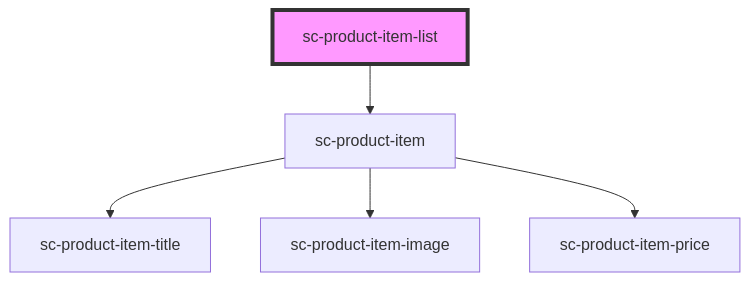
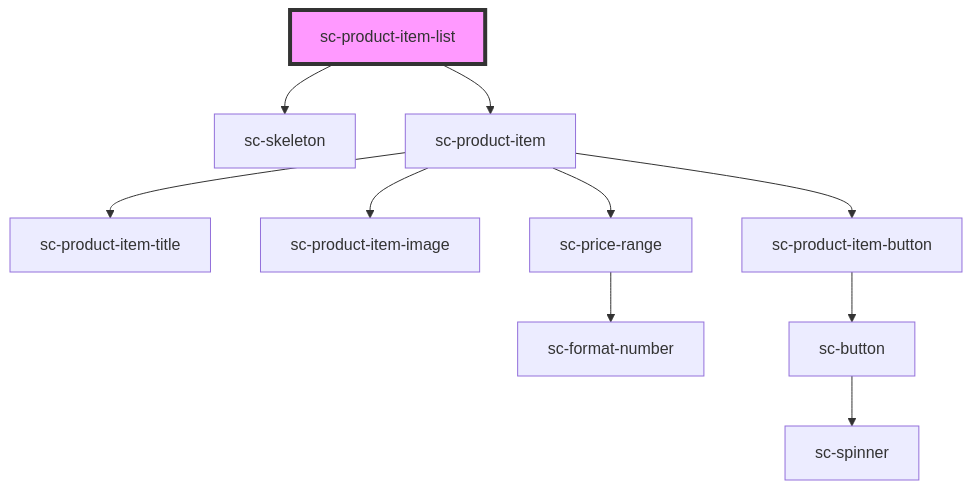
The diagram in packages/components/src/components/controllers/products/sc-product-item-list/readme.md (surecart/surecart-wp-plugin), drawn with Mermaid before and after one commit. The commit also changed other lines of this file and 26 other files, not shown here.

Commit message:
added price range and loader

````diff
--- a/packages/components/src/components/controllers/products/sc-product-item-list/readme.md
+++ b/packages/components/src/components/controllers/products/sc-product-item-list/readme.md
@@ -23,8 +24,13 @@
 ```mermaid
 graph TD;
+  sc-product-item-list --> sc-skeleton
   sc-product-item-list --> sc-product-item
   sc-product-item --> sc-product-item-title
   sc-product-item --> sc-product-item-image
-  sc-product-item --> sc-product-item-price
+  sc-product-item --> sc-price-range
+  sc-product-item --> sc-product-item-button
+  sc-price-range --> sc-format-number
+  sc-product-item-button --> sc-button
+  sc-button --> sc-spinner
   style sc-product-item-list fill:#f9f,stroke:#333,stroke-width:4px
 ```
````
